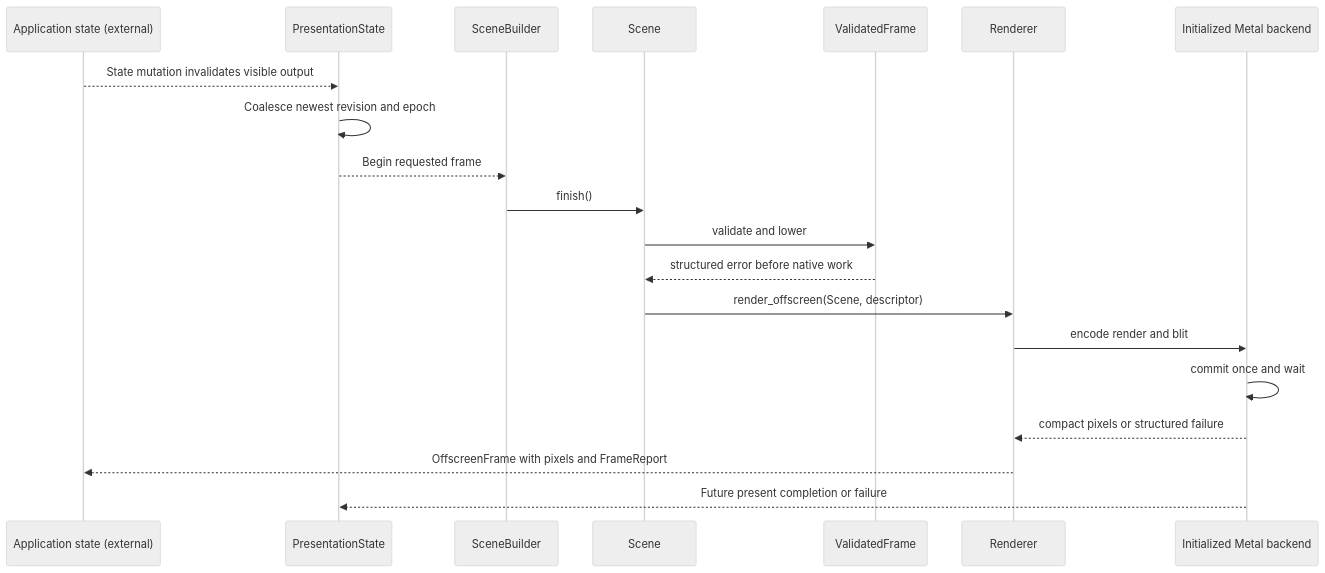
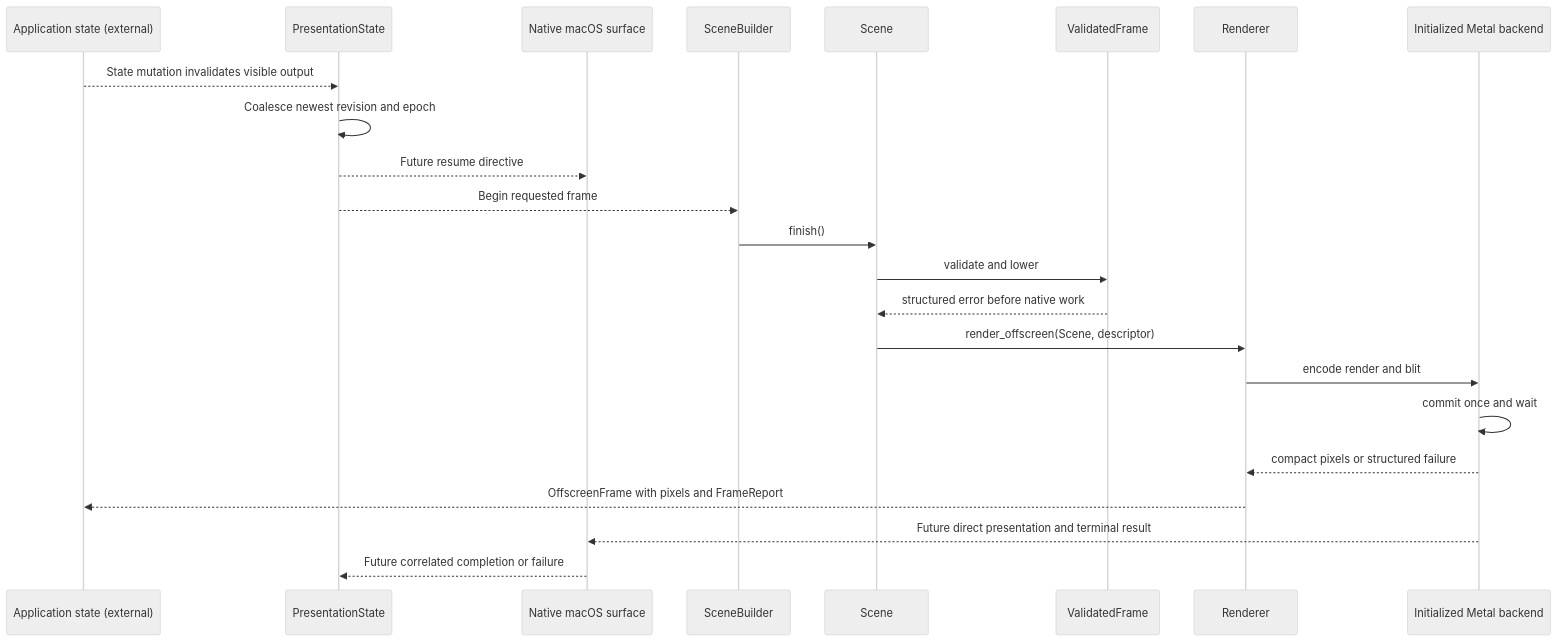
One commit to dbuddha/alpine-gpui changed the third of 7 diagrams in ARCHITECTURE.md. Above: the diagram before and after it, drawn with Mermaid (neutral theme). The commit also changed other lines of this file and 13 other files, not shown here.

First line of the commit message:
feat(macos): own paused native Metal surface (#73)

````diff
--- a/ARCHITECTURE.md
+++ b/ARCHITECTURE.md
@@ -165,23 +184,26 @@
 ```mermaid
 sequenceDiagram
     participant App as Application state (external)
     participant Scheduler as PresentationState
+    participant Surface as Native macOS surface
     participant Builder as SceneBuilder
     participant Scene
     participant Plan as ValidatedFrame
     participant Renderer
     participant Backend as Initialized Metal backend
 
     App-->>Scheduler: State mutation invalidates visible output
     Scheduler->>Scheduler: Coalesce newest revision and epoch
+    Scheduler-->>Surface: Future resume directive
     Scheduler-->>Builder: Begin requested frame
     Builder->>Scene: finish()
     Scene->>Plan: validate and lower
     Plan-->>Scene: structured error before native work
     Scene->>Renderer: render_offscreen(Scene, descriptor)
     Renderer->>Backend: encode render and blit
     Backend->>Backend: commit once and wait
     Backend-->>Renderer: compact pixels or structured failure
     Renderer-->>App: OffscreenFrame with pixels and FrameReport
-    Backend-->>Scheduler: Future present completion or failure
+    Backend-->>Surface: Future direct presentation and terminal result
+    Surface-->>Scheduler: Future correlated completion or failure
 ```
````
